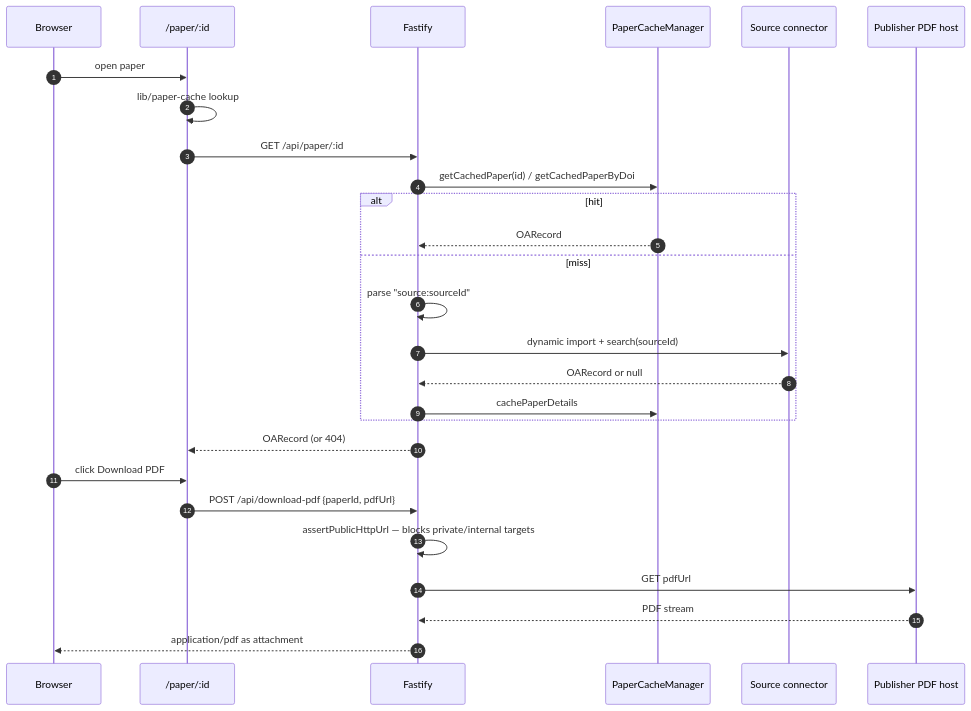
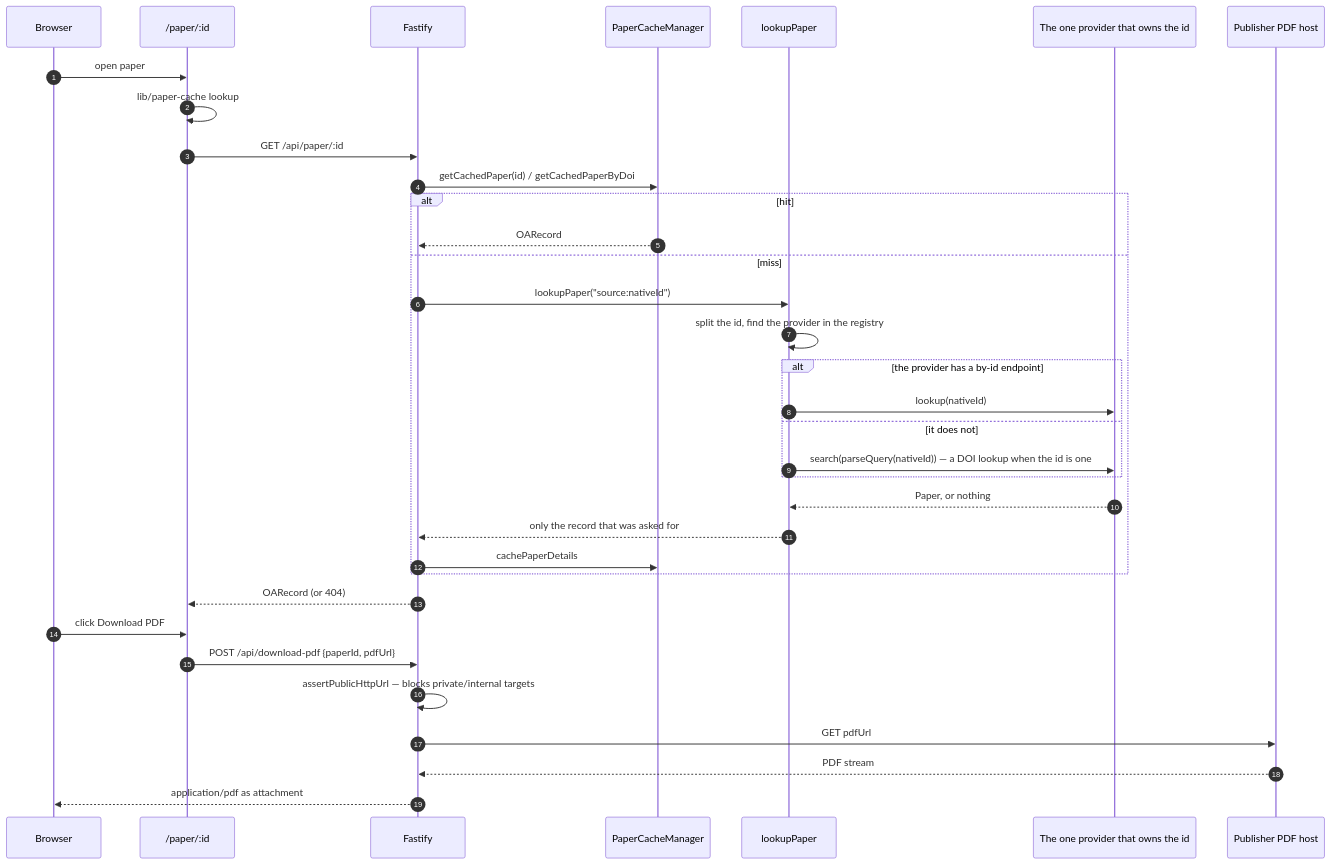
The third of 4 diagrams in docs/architecture-diagram.md (matiasrodlo/sci-open), drawn with Mermaid before and after one commit. The commit also changed other lines of this file and 11 other files, not shown here.

````diff
--- a/docs/architecture-diagram.md
+++ b/docs/architecture-diagram.md
@@ -288,31 +281,38 @@
 ```mermaid
 sequenceDiagram
     autonumber
     participant U as Browser
     participant P as /paper/:id
     participant F as Fastify
     participant PC as PaperCacheManager
-    participant S as Source connector
+    participant L as lookupPaper
+    participant PR as The one provider that owns the id
     participant H as Publisher PDF host
 
     U->>P: open paper
     P->>P: lib/paper-cache lookup
     P->>F: GET /api/paper/:id
     F->>PC: getCachedPaper(id) / getCachedPaperByDoi
     alt hit
         PC-->>F: OARecord
     else miss
-        F->>F: parse "source:sourceId"
-        F->>S: dynamic import + search(sourceId)
-        S-->>F: OARecord or null
+        F->>L: lookupPaper("source:nativeId")
+        L->>L: split the id, find the provider in the registry
+        alt the provider has a by-id endpoint
+            L->>PR: lookup(nativeId)
+        else it does not
+            L->>PR: search(parseQuery(nativeId)) — a DOI lookup when the id is one
+        end
+        PR-->>L: Paper, or nothing
+        L-->>F: only the record that was asked for
         F->>PC: cachePaperDetails
     end
     F-->>P: OARecord (or 404)
 
     U->>P: click Download PDF
     P->>F: POST /api/download-pdf {paperId, pdfUrl}
     F->>F: assertPublicHttpUrl — blocks private/internal targets
     F->>H: GET pdfUrl
     H-->>F: PDF stream
     F-->>U: application/pdf as attachment
 ```
````
